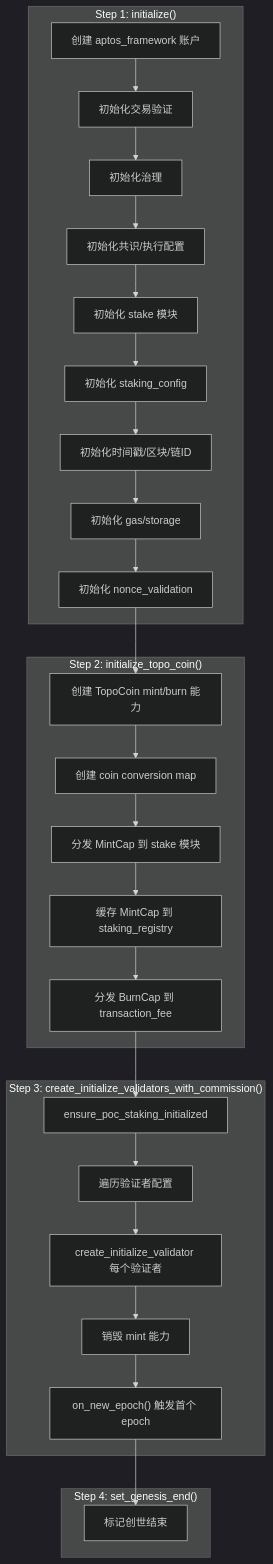
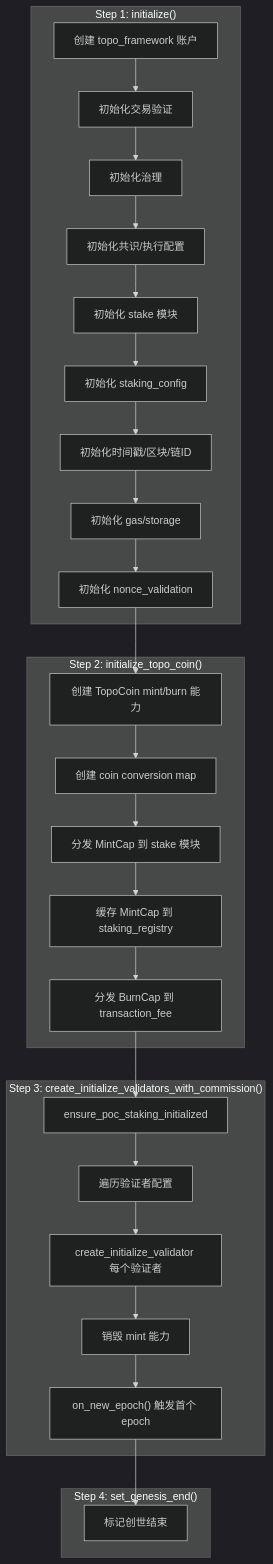
One commit to tuminfei/aptos-core changed the first of 8 diagrams in aptos-move/framework/topo-framework/doc/poc/poc_v5/10-创世初始化流程.md. Above: the diagram before and after it, drawn with Mermaid (dark theme). The commit also changed other lines of this file and 517 other files, not shown here.

````diff
--- a/aptos-move/framework/topo-framework/doc/poc/poc_v5/10-创世初始化流程.md
+++ b/aptos-move/framework/topo-framework/doc/poc/poc_v5/10-创世初始化流程.md
@@ -9,39 +9,39 @@
 ```mermaid
 flowchart TD
     subgraph "Step 1: initialize()"
-        S1A[创建 aptos_framework 账户]
+        S1A[创建 topo_framework 账户]
         S1B[初始化交易验证]
         S1C[初始化治理]
         S1D[初始化共识/执行配置]
         S1E[初始化 stake 模块]
         S1F[初始化 staking_config]
         S1G[初始化时间戳/区块/链ID]
         S1H[初始化 gas/storage]
         S1I[初始化 nonce_validation]
     end
 
     subgraph "Step 2: initialize_topo_coin()"
         S2A[创建 TopoCoin mint/burn 能力]
         S2B[创建 coin conversion map]
         S2C[分发 MintCap 到 stake 模块]
         S2D[缓存 MintCap 到 staking_registry]
         S2E[分发 BurnCap 到 transaction_fee]
     end
 
     subgraph "Step 3: create_initialize_validators_with_commission()"
         S3A[ensure_poc_staking_initialized]
         S3B[遍历验证者配置]
         S3C[create_initialize_validator 每个验证者]
         S3D[销毁 mint 能力]
         S3E["on_new_epoch() 触发首个 epoch"]
     end
 
     subgraph "Step 4: set_genesis_end()"
         S4A[标记创世结束]
     end
 
     S1A --> S1B --> S1C --> S1D --> S1E --> S1F --> S1G --> S1H --> S1I
     S1I --> S2A --> S2B --> S2C --> S2D --> S2E
     S2E --> S3A --> S3B --> S3C --> S3D --> S3E
     S3E --> S4A
 ```
````
